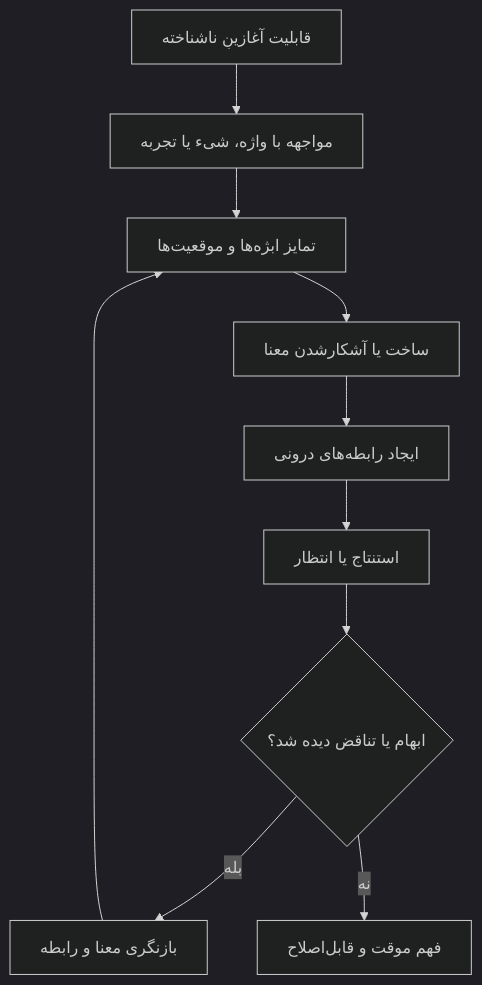
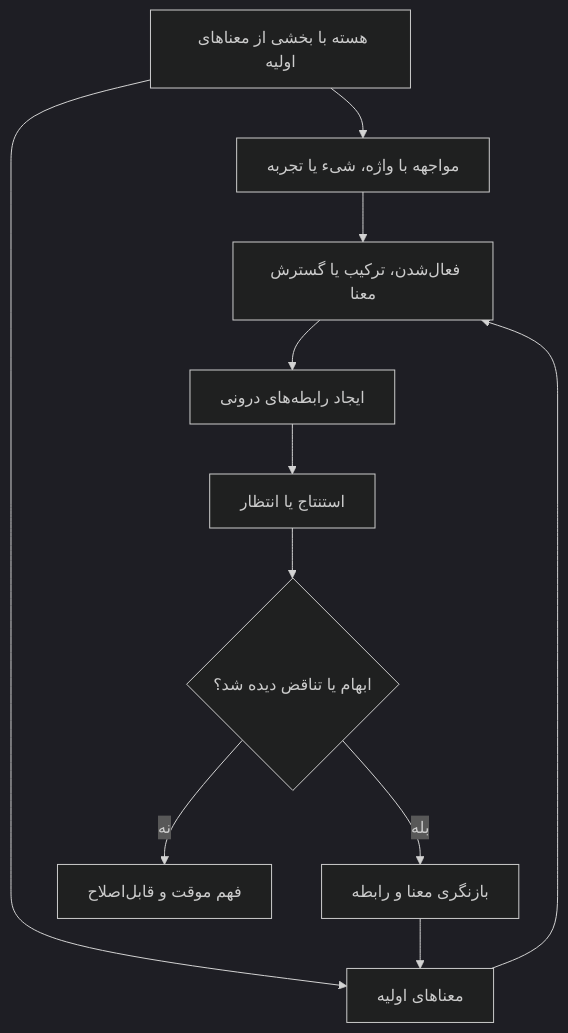
One commit to Shahbazi-Amir/Self-Structuring-Object-Cognition changed the diagram in docs/knowledge_map/internal_map_meaning.md. Above: the diagram before and after it, drawn with Mermaid (dark theme). The commit also changed other lines of this file, not shown here.

````diff
--- a/docs/knowledge_map/internal_map_meaning.md
+++ b/docs/knowledge_map/internal_map_meaning.md
@@ -46,12 +47,13 @@
 ```mermaid
 flowchart TD
-    A["قابلیت آغازینِ ناشناخته"] --> B["مواجهه با واژه، شیء یا تجربه"]
-    B --> C["تمایز ابژه‌ها و موقعیت‌ها"]
-    C --> D["ساخت یا آشکارشدن معنا"]
+    A["هسته با بخشی از معناهای اولیه"] --> B["مواجهه با واژه، شیء یا تجربه"]
+    A --> C["معناهای اولیه"]
+    B --> D["فعال‌شدن، ترکیب یا گسترش معنا"]
+    C --> D
     D --> E["ایجاد رابطه‌های درونی"]
     E --> F["استنتاج یا انتظار"]
     F --> G{"ابهام یا تناقض دیده شد؟"}
     G -- بله --> H["بازنگری معنا و رابطه"]
     H --> C
     G -- نه --> I["فهم موقت و قابل‌اصلاح"]
 ```
````
